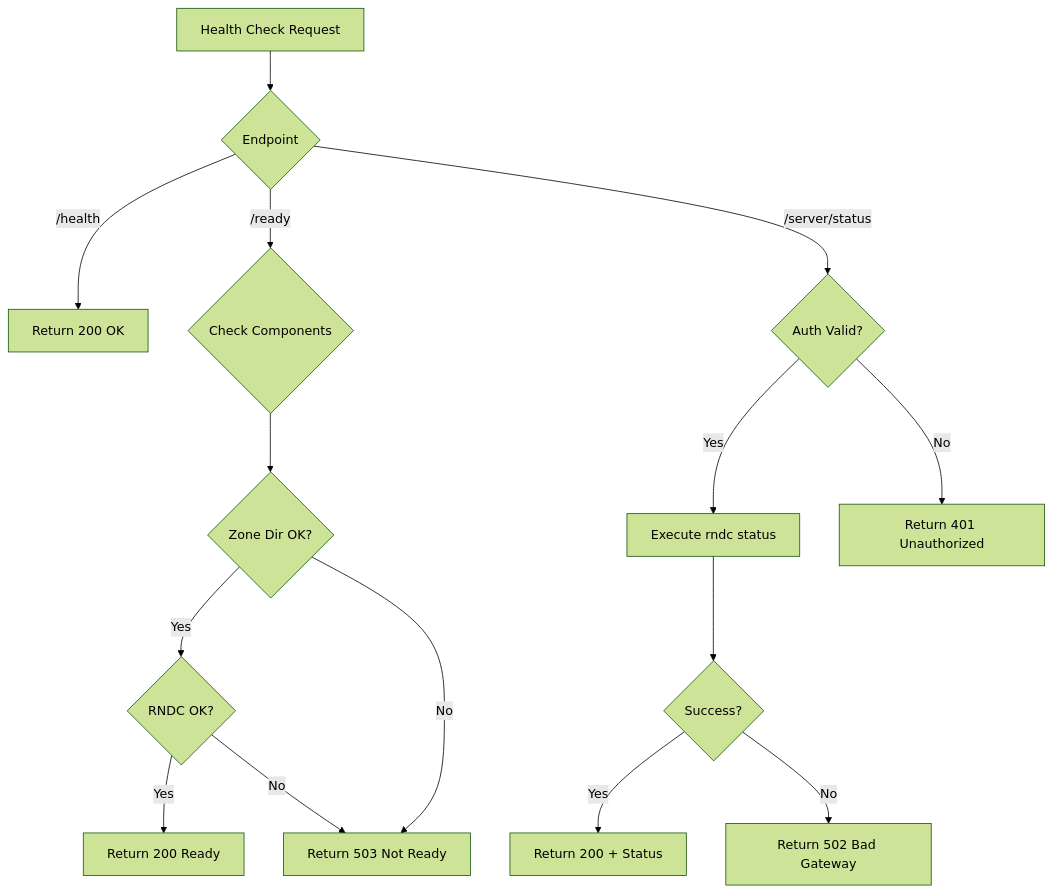
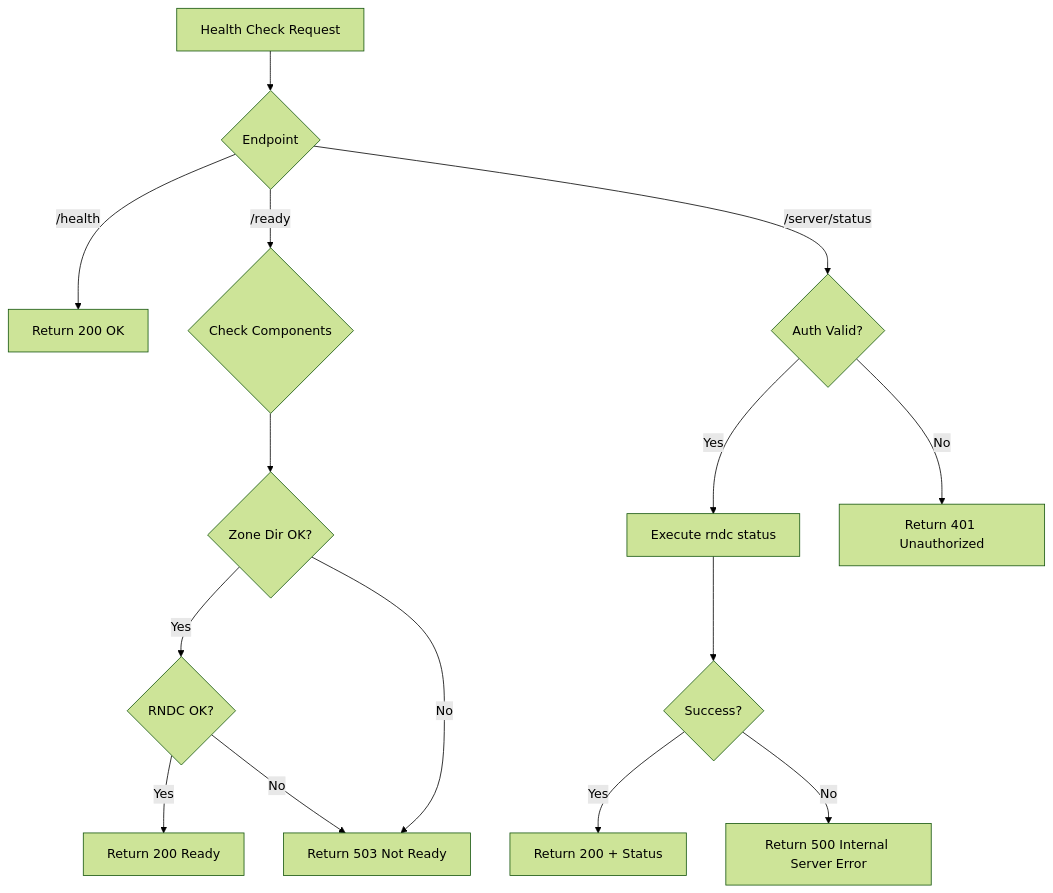
Before and after one commit to firestoned/bindcar: the diagram in docs/src/reference/api-health.md, drawn with Mermaid (forest theme). The commit also changed other lines of this file and 27 other files, not shown here.

````diff
--- a/docs/src/reference/api-health.md
+++ b/docs/src/reference/api-health.md
@@ -131,19 +131,19 @@
 ```mermaid
 flowchart TD
     A[Health Check Request] --> B{Endpoint}
     B -->|/health| C[Return 200 OK]
     B -->|/ready| D{Check Components}
     B -->|/server/status| E{Auth Valid?}
     
     D --> F{Zone Dir OK?}
     F -->|Yes| G{RNDC OK?}
     F -->|No| H[Return 503 Not Ready]
     G -->|Yes| I[Return 200 Ready]
     G -->|No| H
     
     E -->|Yes| J[Execute rndc status]
     E -->|No| K[Return 401 Unauthorized]
     J --> L{Success?}
     L -->|Yes| M[Return 200 + Status]
-    L -->|No| N[Return 502 Bad Gateway]
+    L -->|No| N[Return 500 Internal Server Error]
 ```
````
